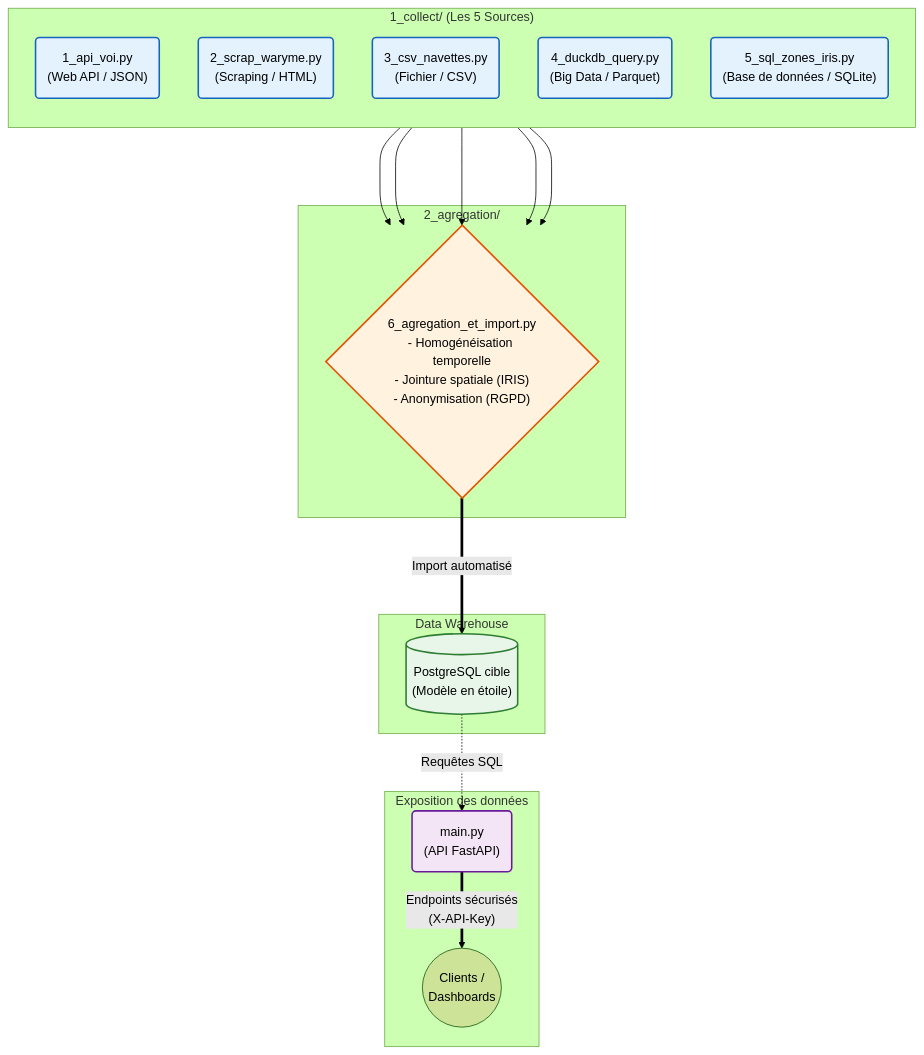
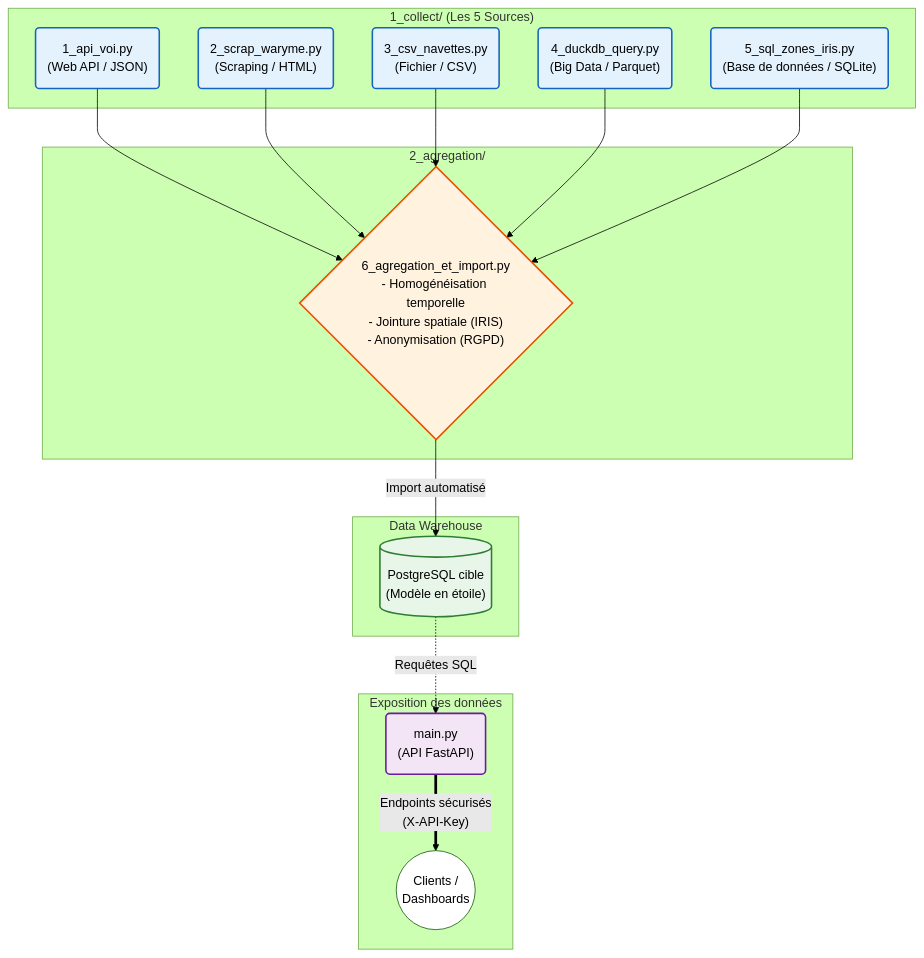
The diagram in README.md (bruno-coulet/mobilites), drawn with Mermaid (forest theme) before and after one commit.

Commit message:
Fix: couleurs du graph architecture

````diff
--- a/README.md
+++ b/README.md
@@ -57,50 +57,50 @@
 ```mermaid
-flowchart TD
-    subgraph Collecte ["1_collect/ (Les 5 Sources)"]
-        direction TB
-        S1("1_api_voi.py\n(Web API / JSON)")
-        S2("2_scrap_waryme.py\n(Scraping / HTML)")
-        S3("3_csv_navettes.py\n(Fichier / CSV)")
-        S4("4_duckdb_query.py\n(Big Data / Parquet)")
-        S5("5_sql_zones_iris.py\n(Base de données / SQLite)")
-    end
+flowchart TB
+ subgraph Collecte["1_collect/ (Les 5 Sources)"]
+        S1("1_api_voi.py<br>(Web API / JSON)")
+        S2("2_scrap_waryme.py<br>(Scraping / HTML)")
+        S3("3_csv_navettes.py<br>(Fichier / CSV)")
+        S4("4_duckdb_query.py<br>(Big Data / Parquet)")
+        S5("5_sql_zones_iris.py<br>(Base de données / SQLite)")
+  end
+ subgraph Agregation["2_agregation/"]
+        A{"6_agregation_et_import.py<br>- Homogénéisation temporelle<br>- Jointure spatiale (IRIS)<br>- Anonymisation (RGPD)"}
+  end
+ subgraph Stockage["Data Warehouse"]
+        DB[("PostgreSQL cible<br>(Modèle en étoile)")]
+  end
+ subgraph Restitution["Exposition des données"]
+        API("main.py<br>(API FastAPI)")
+        Clients(("Clients /<br>Dashboards"))
+  end
+    S1 --> A
+    S2 --> A
+    S3 --> A
+    S4 --> A
+    S5 --> A
+    A -- Import automatisé --> DB
+    DB -. Requêtes SQL .-> API
+    API == "Endpoints sécurisés<br>(X-API-Key)" ==> Clients
 
-    subgraph Agregation ["2_agregation/"]
-        A{"6_agregation_et_import.py\n- Homogénéisation temporelle\n- Jointure spatiale (IRIS)\n- Anonymisation (RGPD)"}
-    end
-
-    subgraph Stockage ["Data Warehouse"]
-        DB[("PostgreSQL cible\n(Modèle en étoile)")]
-    end
-
-    subgraph Restitution ["Exposition des données"]
-        API("main.py\n(API FastAPI)")
-        Clients(("Clients /\nDashboards"))
-    end
-
-    %% Flux de la collecte vers l'agrégation
-    S1 ---> A
-    S2 ---> A
-    S3 ---> A
-    S4 ---> A
-    S5 ---> A
-
-    %% Flux de l'agrégation vers le stockage
-    A ===>|Import automatisé| DB
-
-    %% Flux du stockage vers l'API puis vers les clients
-
-    DB -. Requêtes SQL .-> API
-    API == Endpoints sécurisés<br>(X-API-Key) ==> Clients
-
-    %% Styles pour rendre le schéma professionnel
-    classDef source fill:#e3f2fd,stroke:#1565c0,stroke-width:2px;
-    classDef process fill:#fff3e0,stroke:#e65100,stroke-width:2px;
-    classDef database fill:#e8f5e9,stroke:#2e7d32,stroke-width:2px;
-    classDef api fill:#f3e5f5,stroke:#6a1b9a,stroke-width:2px;
-
-    class S1,S2,S3,S4,S5 source;
-    class A process;
-    class DB database;
-    class API api;
+     S1:::source
+     S2:::source
+     S3:::source
+     S4:::source
+     S5:::source
+     A:::process
+     DB:::database
+     API:::api
+    classDef source fill:#e3f2fd,stroke:#1565c0,stroke-width:2px
+    classDef process fill:#fff3e0,stroke:#e65100,stroke-width:2px
+    classDef database fill:#e8f5e9,stroke:#2e7d32,stroke-width:2px
+    classDef api fill:#f3e5f5,stroke:#6a1b9a,stroke-width:2px
+    style S1 color:#000000
+    style S2 color:#000000
+    style S3 color:#000000
+    style S4 color:#000000
+    style S5 color:#000000
+    style A color:#000000
+    style DB color:#000000
+    style API color:#000000
+    style Clients color:#000000,fill:#ffffff
 ```
````
